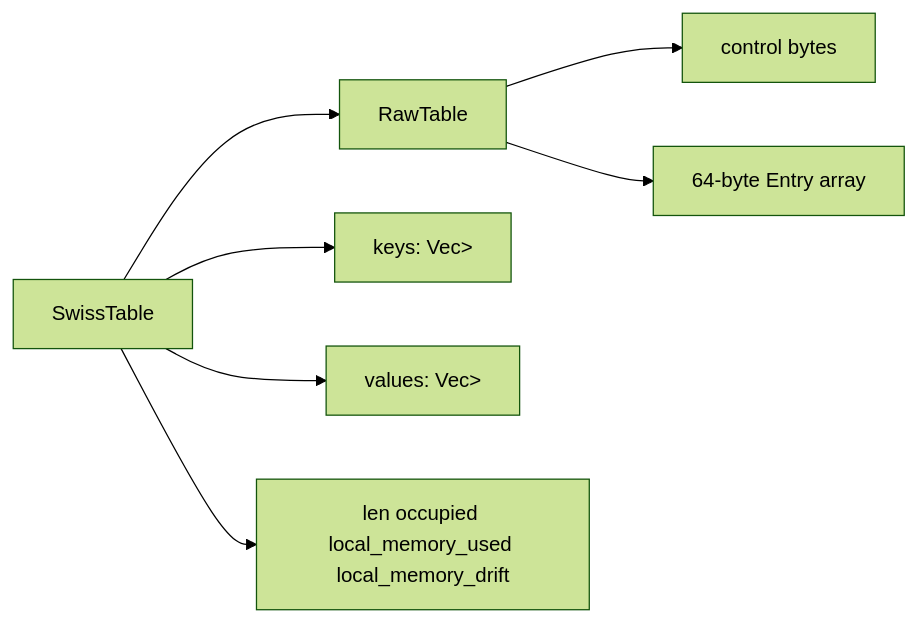
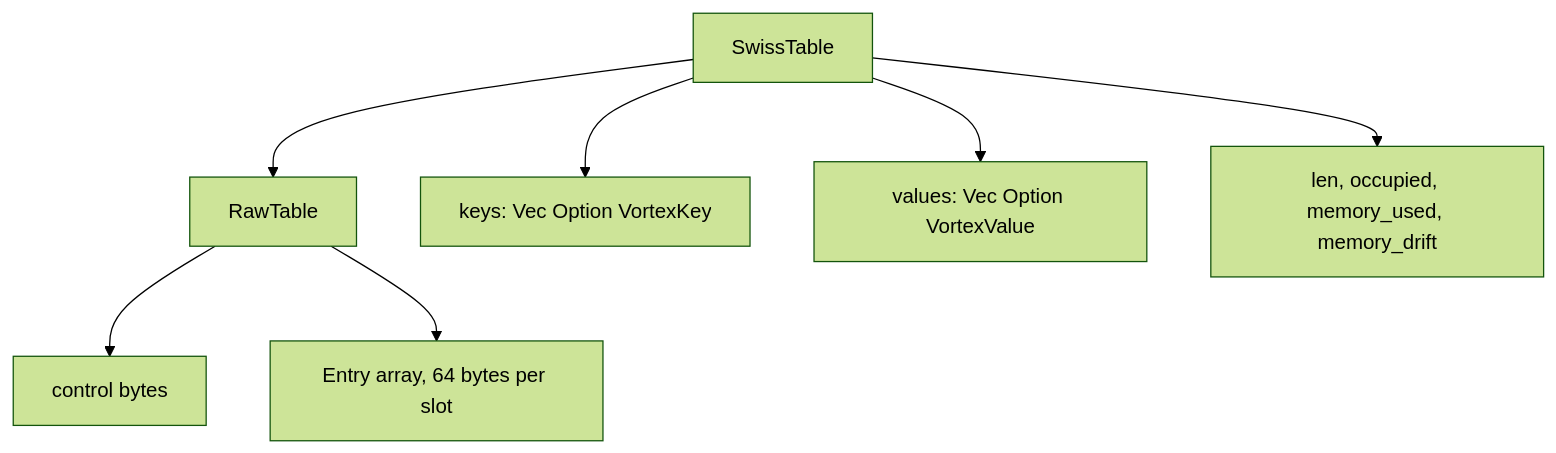
The first of 2 diagrams in crates/vortex-engine/docs/03-swiss-table-layout.md (kevincaicedo/vortex), drawn with Mermaid (forest theme) before and after one commit. The commit also changed other lines of this file and 18 other files, not shown here.

````diff
--- a/crates/vortex-engine/docs/03-swiss-table-layout.md
+++ b/crates/vortex-engine/docs/03-swiss-table-layout.md
@@ -18,11 +31,10 @@
 ```mermaid
-flowchart LR
+flowchart TD
     T[SwissTable]
-    T --> R[RawTable]
-    T --> K[keys: Vec<Option<VortexKey>>]
-    T --> V[values: Vec<Option<VortexValue>>]
-    T --> M[len occupied local_memory_used local_memory_drift]
-
-    R --> C[control bytes]
-    R --> E[64-byte Entry array]
+    T --> Raw[RawTable]
+    T --> Keys["keys: Vec Option VortexKey"]
+    T --> Values["values: Vec Option VortexValue"]
+    T --> Counters["len, occupied, memory_used, memory_drift"]
+    Raw --> Ctrl["control bytes"]
+    Raw --> Entries["Entry array, 64 bytes per slot"]
 ```
````
